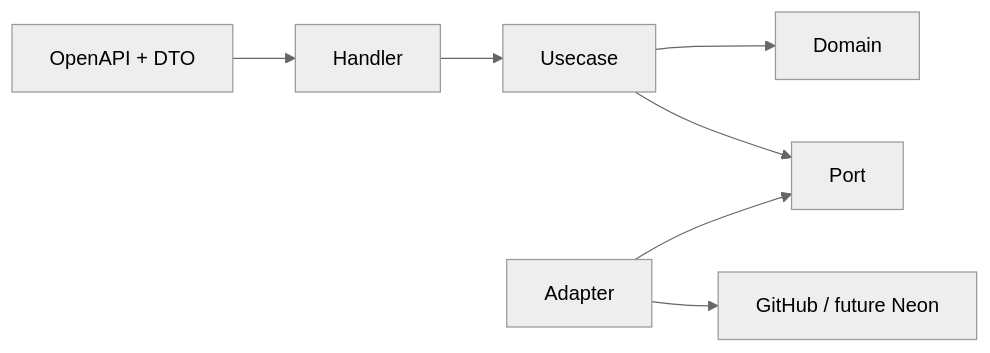
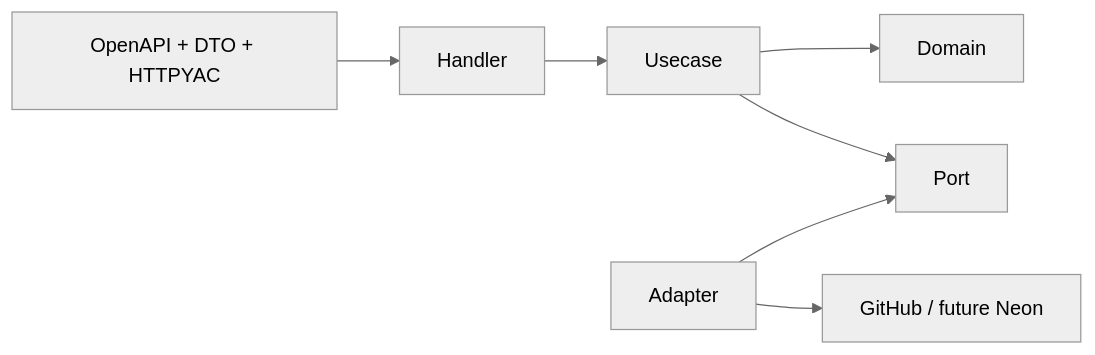
Before and after one commit to tensho1026/github-issue-search: the diagram in docs/extending.md, drawn with Mermaid (neutral theme). The commit also changed other lines of this file and 65 other files, not shown here.

````diff
--- a/docs/extending.md
+++ b/docs/extending.md
@@ -20,9 +20,9 @@
 ```mermaid
 flowchart LR
-    Contract["OpenAPI + DTO"] --> Handler
+    Contract["OpenAPI + DTO + HTTPYAC"] --> Handler
     Handler --> Usecase
     Usecase --> Domain
     Usecase --> Port
     Adapter --> Port
     Adapter --> External["GitHub / future Neon"]
 ```
````
